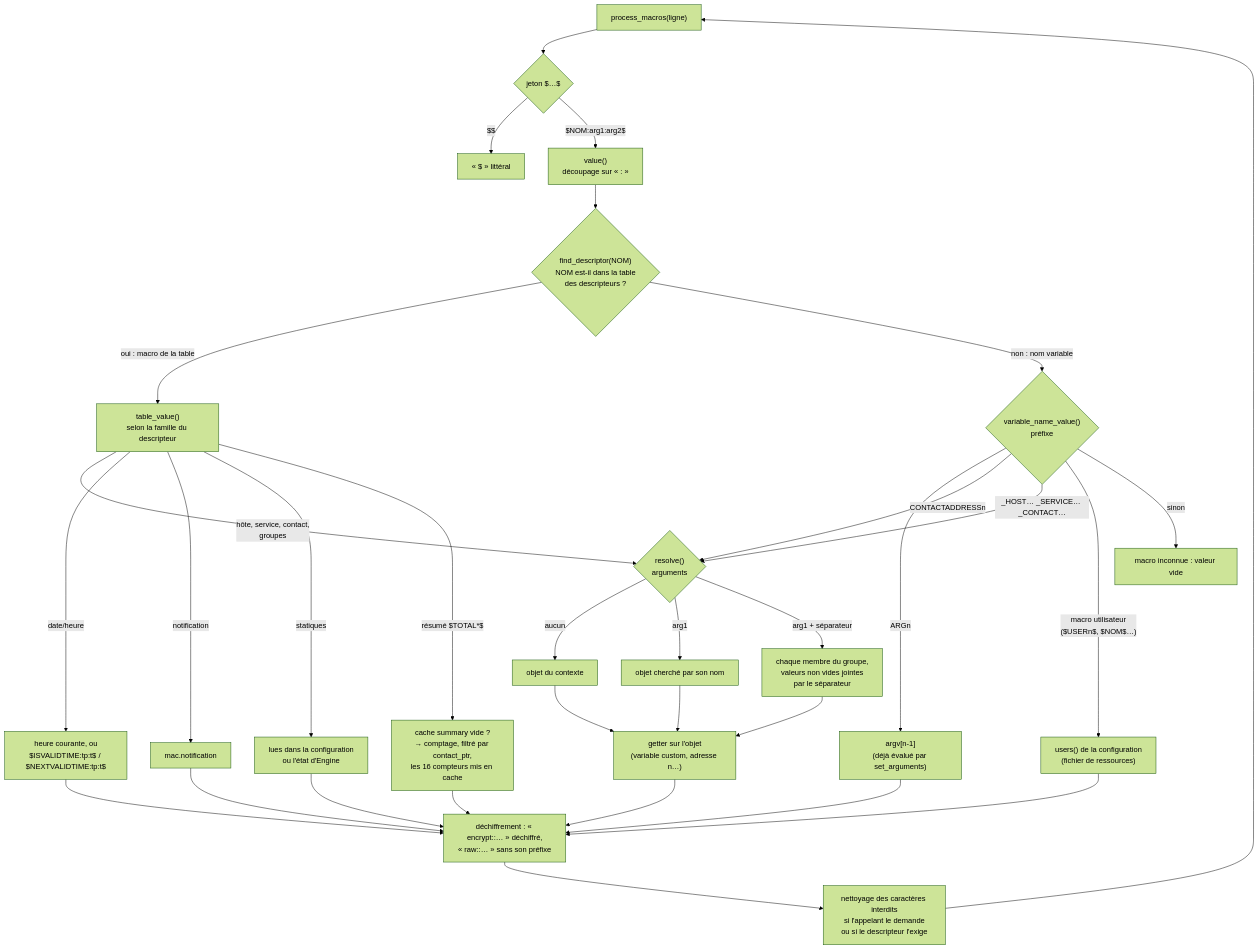
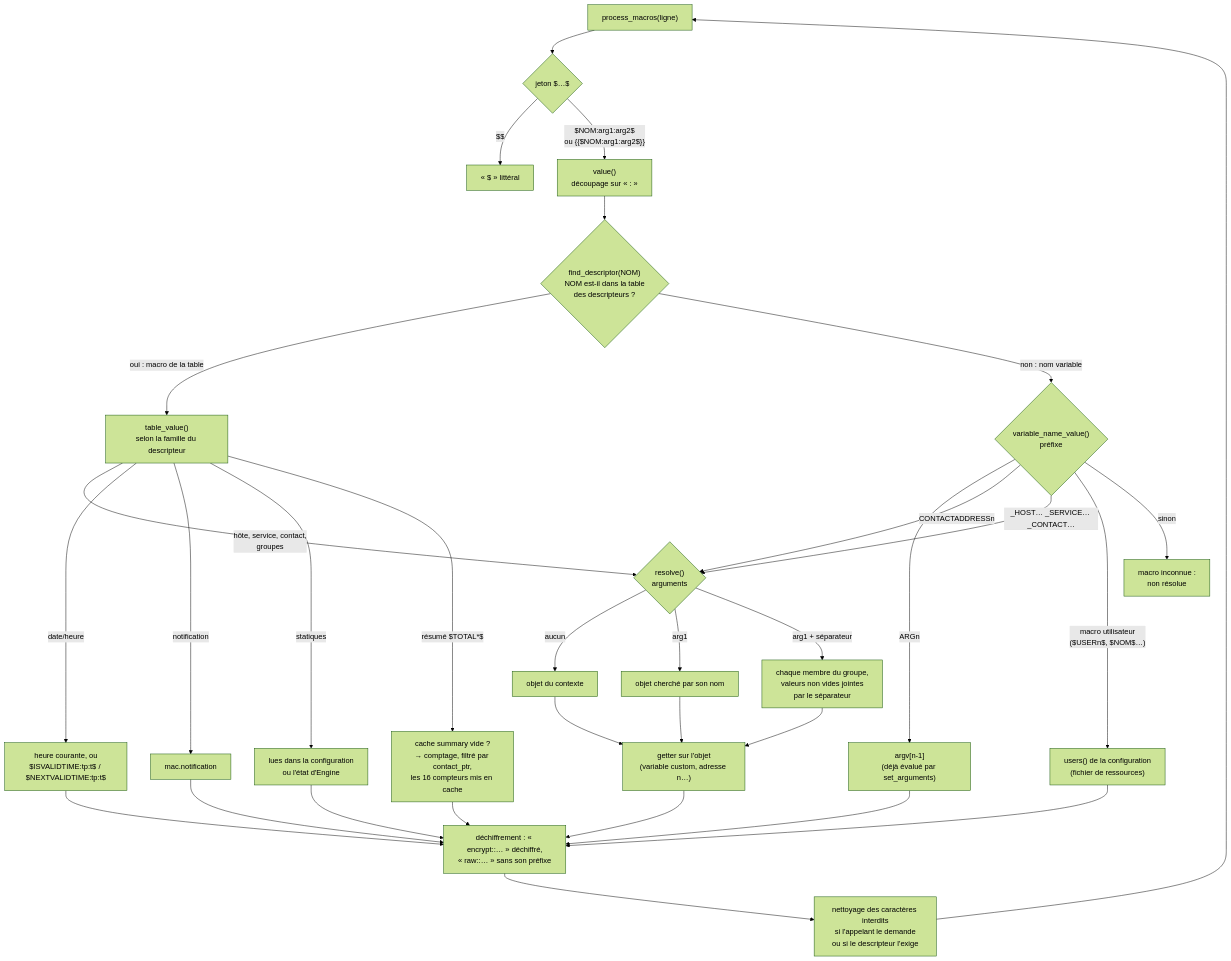
The diagram in doc/engine-macros-fr.md (centreon/centreon-collect), drawn with Mermaid (forest theme) before and after one commit. The commit also changed other lines of this file and 1 other file, not shown here.

````diff
--- a/doc/engine-macros-fr.md
+++ b/doc/engine-macros-fr.md
@@ -111,39 +113,39 @@
 ```mermaid
 flowchart TD
     A["process_macros(ligne)"] --> B{"jeton $…$"}
     B -->|"$$"| B1["« $ » littéral"]
-    B -->|"$NOM:arg1:arg2$"| C["value()<br/>découpage sur « : »"]
+    B -->|"$NOM:arg1:arg2$<br/>ou {{$NOM:arg1:arg2$}}"| C["value()<br/>découpage sur « : »"]
 
     C --> D{"find_descriptor(NOM)<br/>NOM est-il dans la table<br/>des descripteurs ?"}
     D -->|"oui : macro de la table"| E["table_value()<br/>selon la famille du descripteur"]
     D -->|"non : nom variable"| F{"variable_name_value()<br/>préfixe"}
 
     F -->|"ARGn"| F1["argv[n-1]<br/>(déjà évalué par set_arguments)"]
     F -->|"CONTACTADDRESSn"| R1
     F -->|"_HOST… _SERVICE… _CONTACT…"| R1
     F -->|"macro utilisateur<br/>($USERn$, $NOM$…)"| F5["users() de la configuration<br/>(fichier de ressources)"]
-    F -->|sinon| F6["macro inconnue : valeur vide"]
+    F -->|sinon| F6["macro inconnue :<br/>non résolue"]
 
     E -->|"hôte, service, contact,<br/>groupes"| R1{"resolve()<br/>arguments"}
     E -->|"date/heure"| P3["heure courante, ou<br/>$ISVALIDTIME:tp:t$ / $NEXTVALIDTIME:tp:t$"]
     E -->|"notification"| P1["mac.notification"]
     E -->|"statiques"| P2["lues dans la configuration<br/>ou l'état d'Engine"]
     E -->|"résumé $TOTAL*$"| P4["cache summary vide ?<br/>→ comptage, filtré par contact_ptr,<br/>les 16 compteurs mis en cache"]
 
     R1 -->|aucun| R2["objet du contexte"]
     R1 -->|arg1| R3["objet cherché par son nom"]
     R1 -->|"arg1 + séparateur"| R4["chaque membre du groupe,<br/>valeurs non vides jointes<br/>par le séparateur"]
     R2 --> S["getter sur l'objet<br/>(variable custom, adresse n…)"]
     R3 --> S
     R4 --> S
 
     S --> Z["déchiffrement : « encrypt::… » déchiffré,<br/>« raw::… » sans son préfixe"]
     P1 --> Z
     P2 --> Z
     P3 --> Z
     P4 --> Z
     F1 --> Z
     F5 --> Z
     Z --> Z2["nettoyage des caractères interdits<br/>si l'appelant le demande<br/>ou si le descripteur l'exige"]
     Z2 --> A
 ```
````
